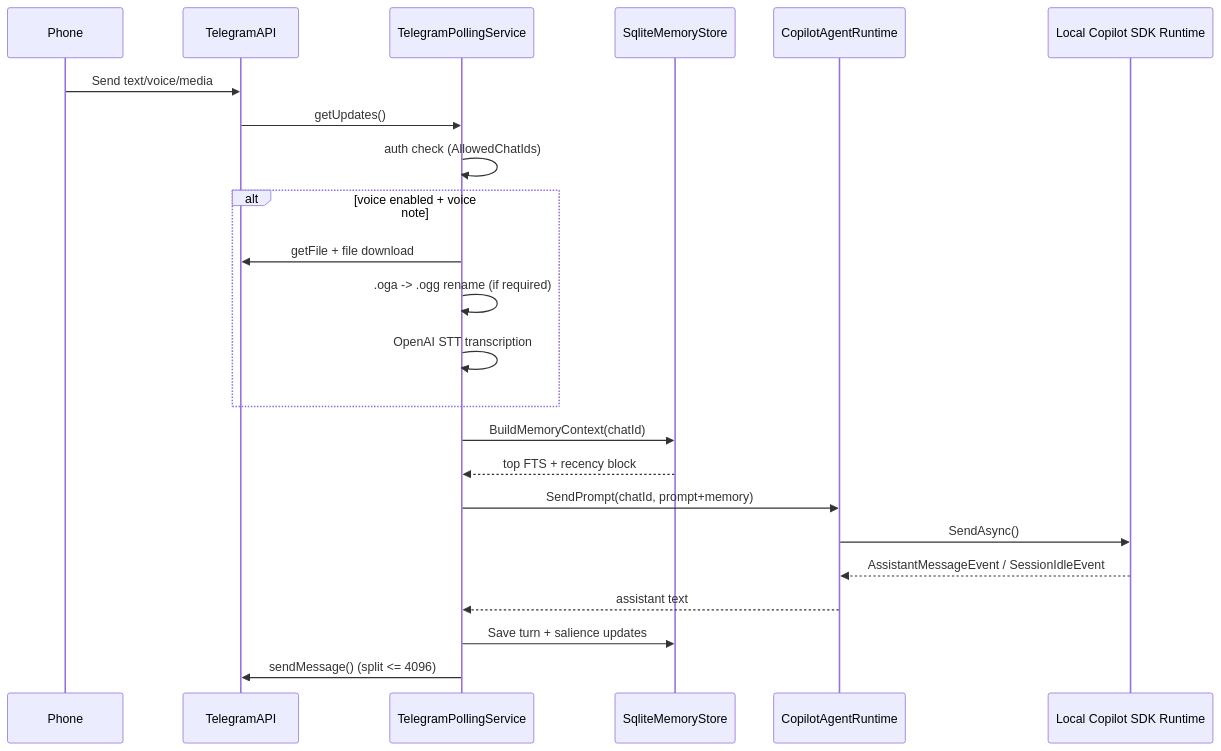
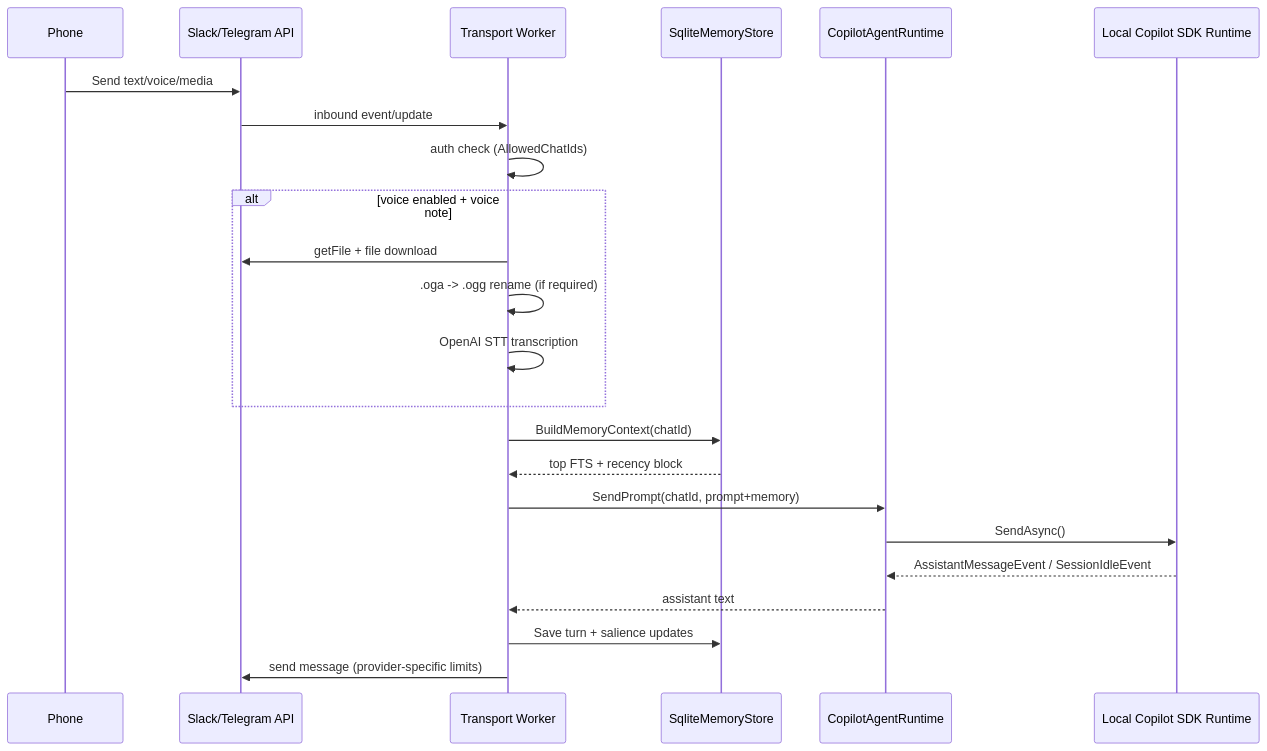
One commit to IAmMonkeyBoy/el-rucio changed the diagram in ARCHITECTURE.md. Above: the diagram before and after it, drawn with Mermaid. The commit also changed other lines of this file and 5 other files, not shown here.

````diff
--- a/ARCHITECTURE.md
+++ b/ARCHITECTURE.md
@@ -32,26 +38,26 @@
 ```mermaid
 sequenceDiagram
   participant Phone
-  participant TelegramAPI
-  participant Bot as TelegramPollingService
+  participant ProviderAPI as Slack/Telegram API
+  participant Bot as Transport Worker
   participant Memory as SqliteMemoryStore
   participant Agent as CopilotAgentRuntime
   participant SDK as Local Copilot SDK Runtime
 
-  Phone->>TelegramAPI: Send text/voice/media
-  TelegramAPI->>Bot: getUpdates()
+  Phone->>ProviderAPI: Send text/voice/media
+  ProviderAPI->>Bot: inbound event/update
   Bot->>Bot: auth check (AllowedChatIds)
   alt voice enabled + voice note
-    Bot->>TelegramAPI: getFile + file download
+    Bot->>ProviderAPI: getFile + file download
     Bot->>Bot: .oga -> .ogg rename (if required)
     Bot->>Bot: OpenAI STT transcription
   end
   Bot->>Memory: BuildMemoryContext(chatId)
   Memory-->>Bot: top FTS + recency block
   Bot->>Agent: SendPrompt(chatId, prompt+memory)
   Agent->>SDK: SendAsync()
   SDK-->>Agent: AssistantMessageEvent / SessionIdleEvent
   Agent-->>Bot: assistant text
   Bot->>Memory: Save turn + salience updates
-  Bot->>TelegramAPI: sendMessage() (split <= 4096)
+  Bot->>ProviderAPI: send message (provider-specific limits)
 ```
````
